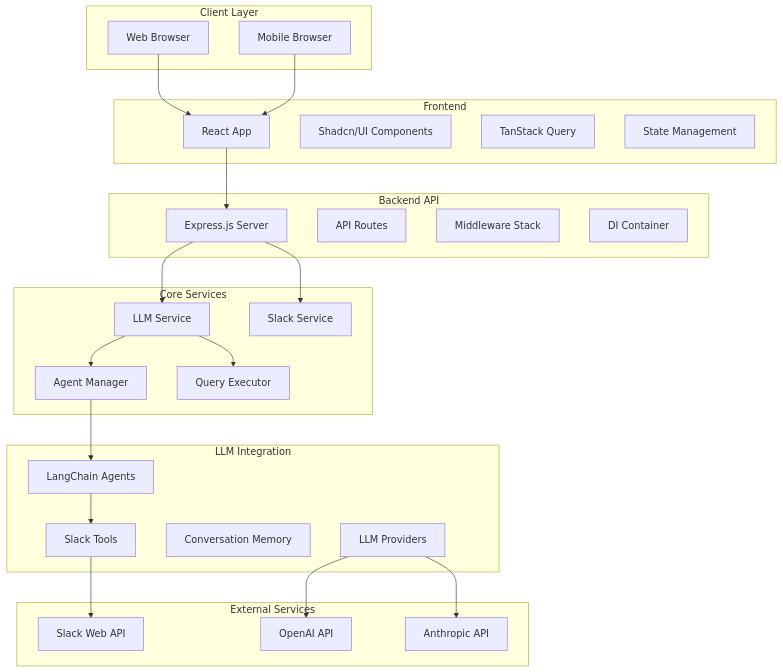
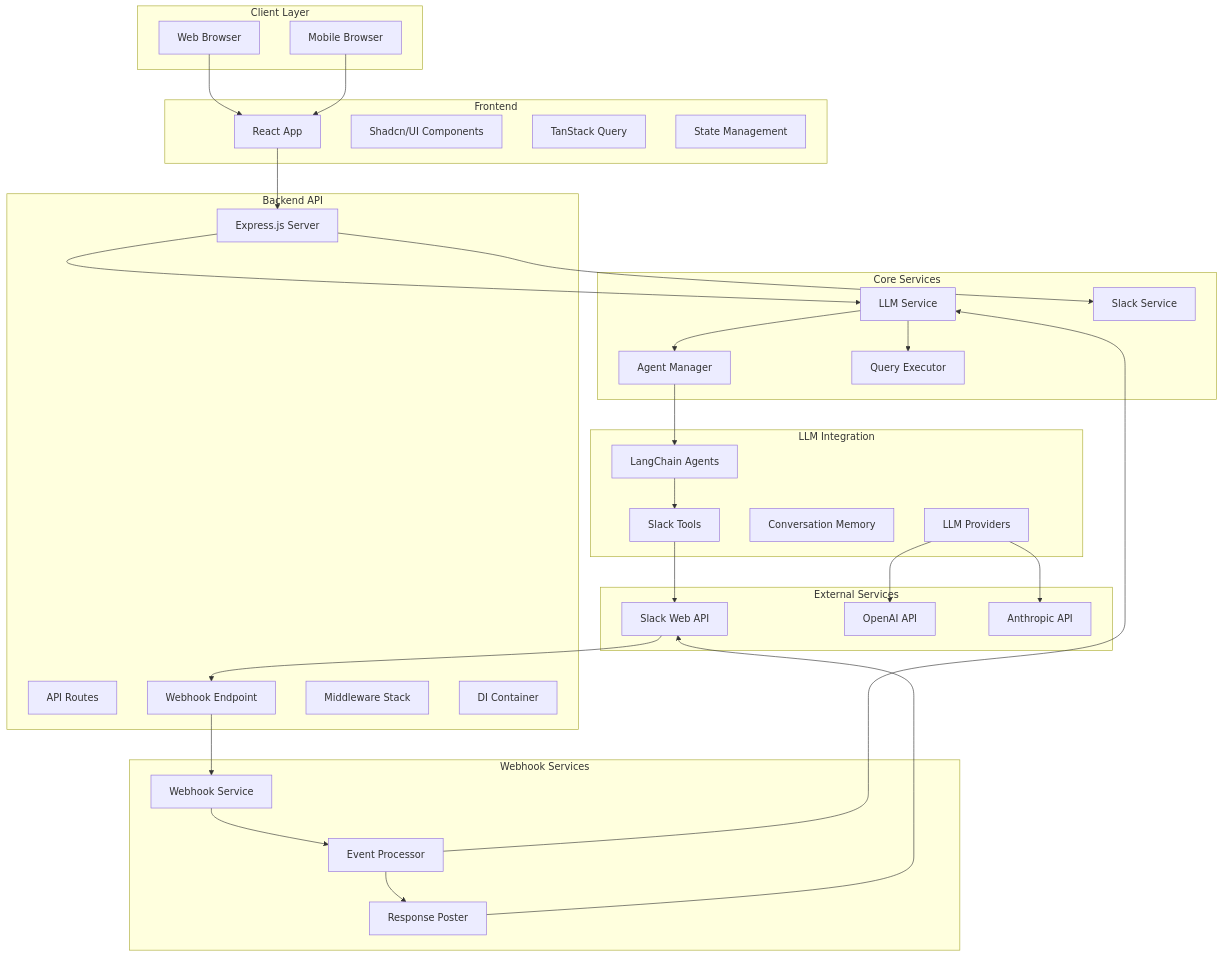
The first of 9 diagrams in docs/ARCHITECTURE.md (hechtcarmel/slack-knowledge-agent), drawn with Mermaid before and after one commit. The commit also changed other lines of this file and 22 other files, not shown here.

First line of the commit message:
feat: implement real-time webhook integration and enhance Slack event handling

````diff
--- a/docs/ARCHITECTURE.md
+++ b/docs/ARCHITECTURE.md
@@ -9,54 +9,67 @@
 ```mermaid
 graph TB
     subgraph "Client Layer"
         Browser[Web Browser]
         Mobile[Mobile Browser]
     end
     
     subgraph "Frontend"
         React[React App]
         UI[Shadcn/UI Components]
         Query[TanStack Query]
         State[State Management]
     end
     
     subgraph "Backend API"
         Express[Express.js Server]
         Routes[API Routes]
+        WebhookEndpoint[Webhook Endpoint]
         Middleware[Middleware Stack]
         Container[DI Container]
     end
     
     subgraph "Core Services"
         LLMService[LLM Service]
         SlackService[Slack Service]
         AgentManager[Agent Manager]
         QueryExecutor[Query Executor]
+    end
+    
+    subgraph "Webhook Services"
+        WebhookService[Webhook Service]
+        EventProcessor[Event Processor]
+        ResponsePoster[Response Poster]
     end
     
     subgraph "LLM Integration"
         LangChain[LangChain Agents]
         Tools[Slack Tools]
         Memory[Conversation Memory]
         Providers[LLM Providers]
     end
     
     subgraph "External Services"
         SlackAPI[Slack Web API]
         OpenAI[OpenAI API]
         Anthropic[Anthropic API]
     end
     
     Browser --> React
     Mobile --> React
     React --> Express
+    SlackAPI --> WebhookEndpoint
     Express --> LLMService
     Express --> SlackService
+    WebhookEndpoint --> WebhookService
+    WebhookService --> EventProcessor
+    EventProcessor --> LLMService
+    EventProcessor --> ResponsePoster
+    ResponsePoster --> SlackAPI
     LLMService --> AgentManager
     LLMService --> QueryExecutor
     AgentManager --> LangChain
     LangChain --> Tools
     Tools --> SlackAPI
     Providers --> OpenAI
     Providers --> Anthropic
 ```
````
